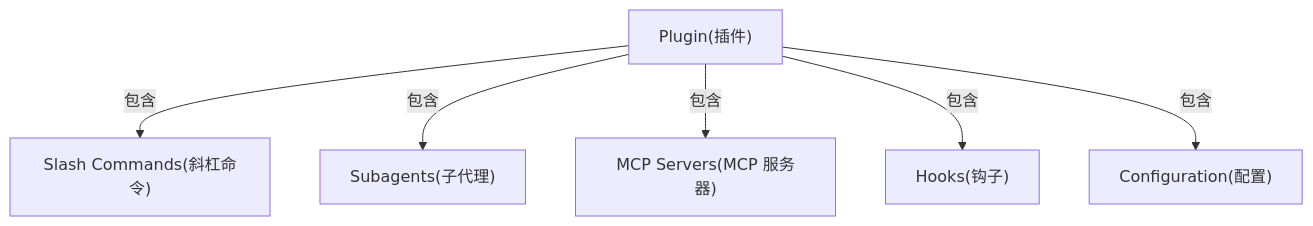
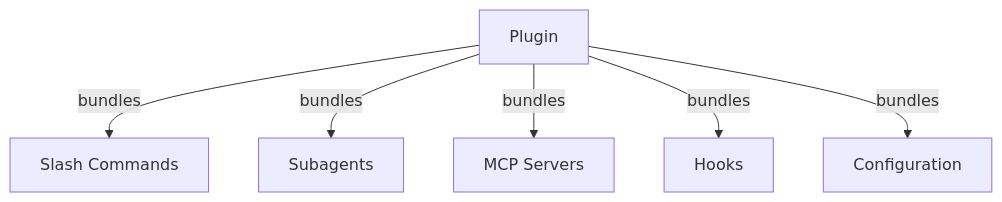
Before and after one commit to Rx782-Fss/claude-howto-zh: the first of 5 diagrams in claude-howto-zh/07-plugins/README.md, drawn with Mermaid. The commit also changed other lines of this file and 91 other files, not shown here.

````diff
--- a/claude-howto-zh/07-plugins/README.md
+++ b/claude-howto-zh/07-plugins/README.md
@@ -16,15 +16,15 @@
 ```mermaid
 graph TB
-    A["Plugin(插件)"]
-    B["Slash Commands(斜杠命令)"]
-    C["Subagents(子代理)"]
-    D["MCP Servers(MCP 服务器)"]
-    E["Hooks(钩子)"]
-    F["Configuration(配置)"]
+    A["Plugin"]
+    B["Slash Commands"]
+    C["Subagents"]
+    D["MCP Servers"]
+    E["Hooks"]
+    F["Configuration"]
 
-    A -->|包含| B
-    A -->|包含| C
-    A -->|包含| D
-    A -->|包含| E
-    A -->|包含| F
+    A -->|bundles| B
+    A -->|bundles| C
+    A -->|bundles| D
+    A -->|bundles| E
+    A -->|bundles| F
 ```
````
